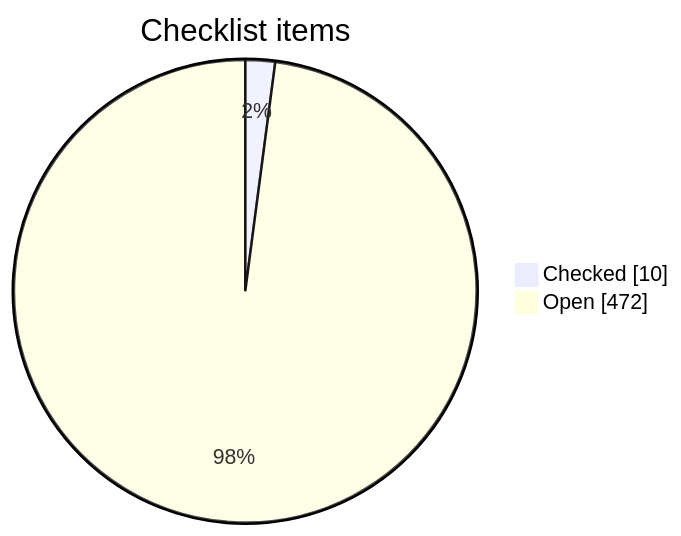
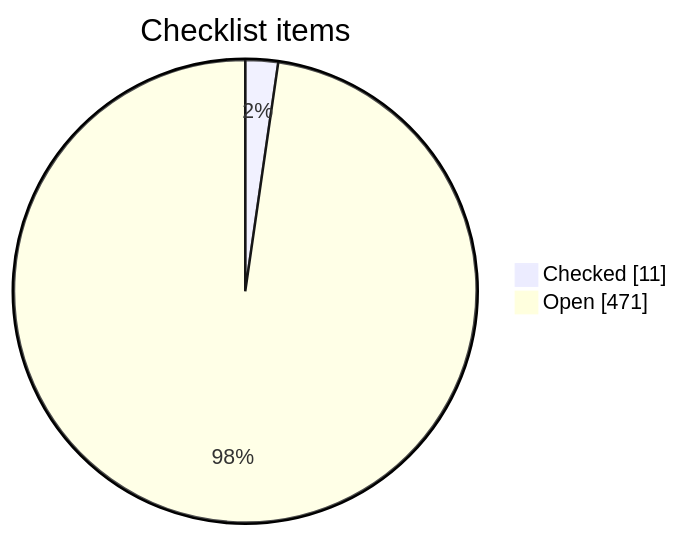
One commit to konradporeba/agents_learning changed the first of 3 diagrams in learning_plan/PROGRESS.md. Above: the diagram before and after it, drawn with Mermaid. The commit also changed other lines of this file and 9 other files, not shown here.

````diff
--- a/learning_plan/PROGRESS.md
+++ b/learning_plan/PROGRESS.md
@@ -9,6 +9,6 @@
 ```mermaid
 pie showData
     title Checklist items
-    "Checked" : 10
-    "Open" : 472
+    "Checked" : 11
+    "Open" : 471
 ```
````
